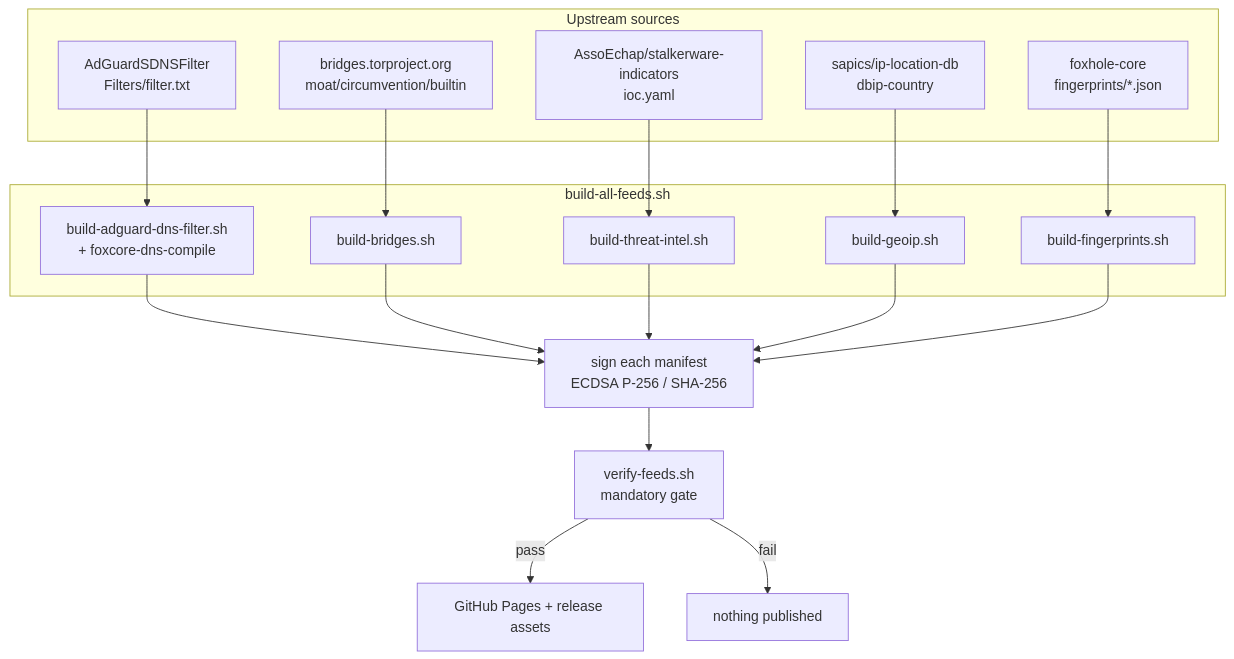
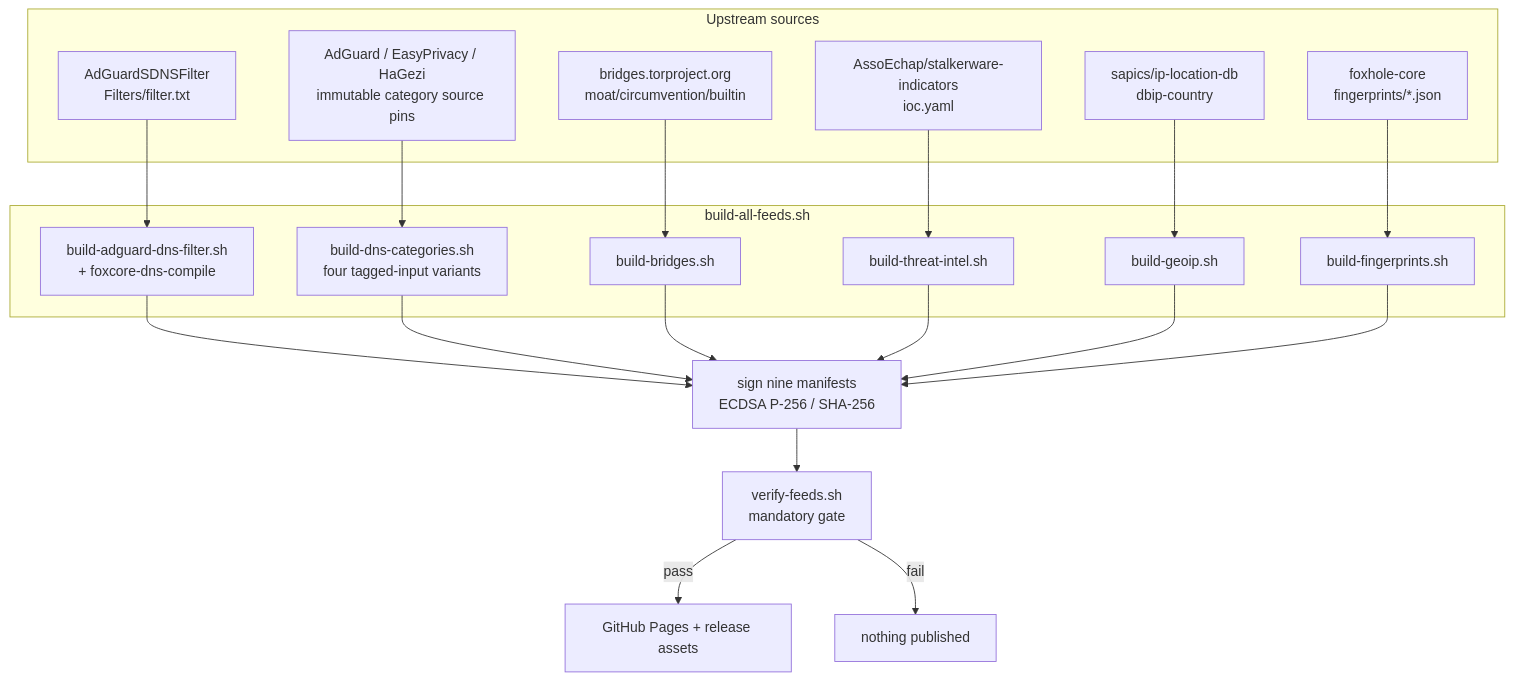
One commit to foxhole-team/foxhole-core changed the first of 6 diagrams in docs/architecture/05-data-repository.md. Above: the diagram before and after it, drawn with Mermaid. The commit also changed other lines of this file and 1788 other files, not shown here.

````diff
--- a/docs/architecture/05-data-repository.md
+++ b/docs/architecture/05-data-repository.md
@@ -12,23 +12,25 @@
 ```mermaid
 flowchart TD
     subgraph up["Upstream sources"]
         A["AdGuardSDNSFilter<br/>Filters/filter.txt"]
+        AC["AdGuard / EasyPrivacy / HaGezi<br/>immutable category source pins"]
         B["bridges.torproject.org<br/>moat/circumvention/builtin"]
         C["AssoEchap/stalkerware-indicators<br/>ioc.yaml"]
         D["sapics/ip-location-db<br/>dbip-country"]
         E["foxhole-core<br/>fingerprints/*.json"]
     end
 
     subgraph build["build-all-feeds.sh"]
         A --> A1["build-adguard-dns-filter.sh<br/>+ foxcore-dns-compile"]
+        AC --> AC1["build-dns-categories.sh<br/>four tagged-input variants"]
         B --> B1["build-bridges.sh"]
         C --> C1["build-threat-intel.sh"]
         D --> D1["build-geoip.sh"]
         E --> E1["build-fingerprints.sh"]
     end
 
-    A1 & B1 & C1 & D1 & E1 --> S["sign each manifest<br/>ECDSA P-256 / SHA-256"]
+    A1 & AC1 & B1 & C1 & D1 & E1 --> S["sign nine manifests<br/>ECDSA P-256 / SHA-256"]
     S --> V["verify-feeds.sh<br/>mandatory gate"]
     V -->|pass| P["GitHub Pages + release assets"]
     V -->|fail| X["nothing published"]
 ```
````
